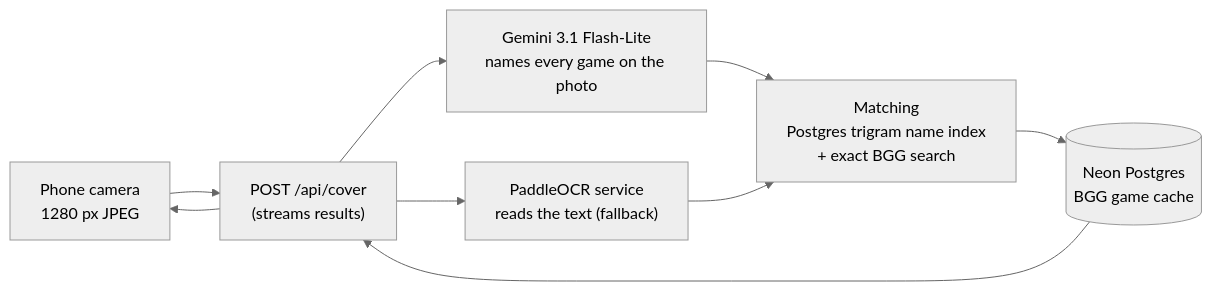
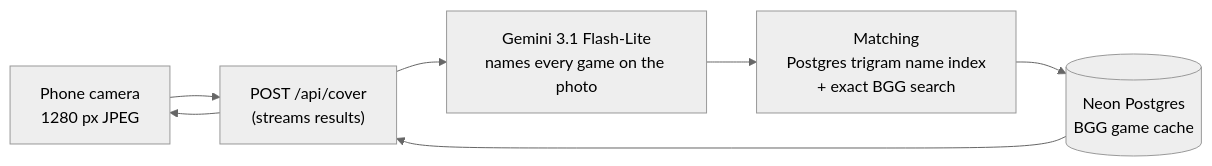
Before and after one commit to anzieu-labs/meeple-scan: the diagram in README.md, drawn with Mermaid (neutral theme). The commit also changed other lines of this file and 58 other files, not shown here.

First line of the commit message:
refactor: migrate OCR service to recognition evaluation framework

````diff
--- a/README.md
+++ b/README.md
@@ -39,11 +39,9 @@
 ```mermaid
 flowchart LR
     Phone["Phone camera<br/>1280 px JPEG"] --> API["POST /api/cover<br/>(streams results)"]
     API --> Gemini["Gemini 3.1 Flash-Lite<br/>names every game on the photo"]
-    API --> OCR["PaddleOCR service<br/>reads the text (fallback)"]
     Gemini --> Match["Matching<br/>Postgres trigram name index<br/>+ exact BGG search"]
-    OCR --> Match
     Match --> Cache[("Neon Postgres<br/>BGG game cache")]
     Cache --> API
     API --> Phone
 ```
````
